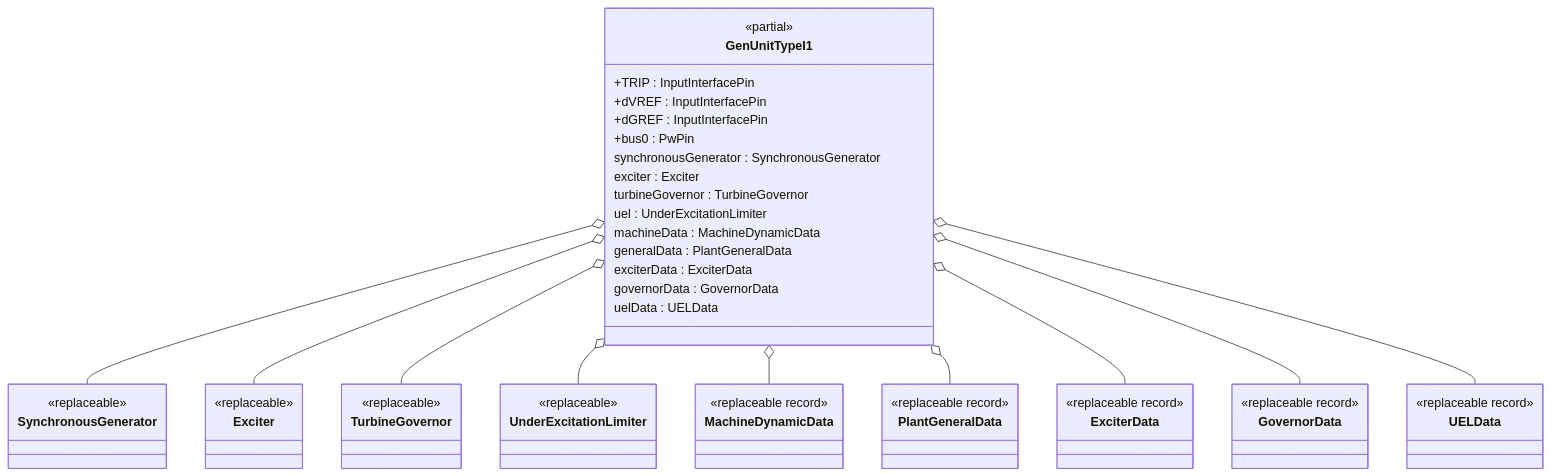
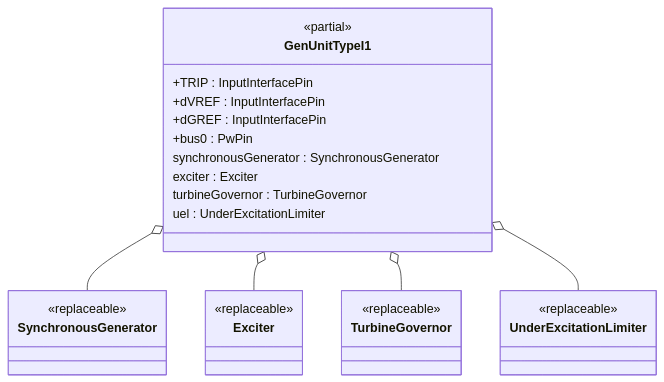
The first of 2 diagrams in modelica/OpalRT/docs/TypeI.md (Opal-RT-Technologies/ephasorsim-modelica-library), drawn with Mermaid before and after one commit. The commit also changed other lines of this file and 56 other files, not shown here.

````diff
--- a/modelica/OpalRT/docs/TypeI.md
+++ b/modelica/OpalRT/docs/TypeI.md
@@ -43,37 +41,22 @@
 ```mermaid
 classDiagram
 class GenUnitTypeI1 {
   <<partial>>
   +TRIP : InputInterfacePin
   +dVREF : InputInterfacePin
   +dGREF : InputInterfacePin
   +bus0 : PwPin
   synchronousGenerator : SynchronousGenerator
   exciter : Exciter
   turbineGovernor : TurbineGovernor
   uel : UnderExcitationLimiter
-  machineData : MachineDynamicData
-  generalData : PlantGeneralData
-  exciterData : ExciterData
-  governorData : GovernorData
-  uelData : UELData
 }
 class SynchronousGenerator { <<replaceable>> }
 class Exciter { <<replaceable>> }
 class TurbineGovernor { <<replaceable>> }
 class UnderExcitationLimiter { <<replaceable>> }
-class MachineDynamicData { <<replaceable record>> }
-class PlantGeneralData { <<replaceable record>> }
-class ExciterData { <<replaceable record>> }
-class GovernorData { <<replaceable record>> }
-class UELData { <<replaceable record>> }
 GenUnitTypeI1 o-- SynchronousGenerator
 GenUnitTypeI1 o-- Exciter
 GenUnitTypeI1 o-- TurbineGovernor
 GenUnitTypeI1 o-- UnderExcitationLimiter
-GenUnitTypeI1 o-- MachineDynamicData
-GenUnitTypeI1 o-- PlantGeneralData
-GenUnitTypeI1 o-- ExciterData
-GenUnitTypeI1 o-- GovernorData
-GenUnitTypeI1 o-- UELData
 ```
````
